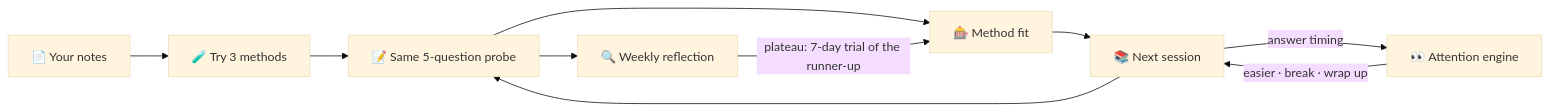
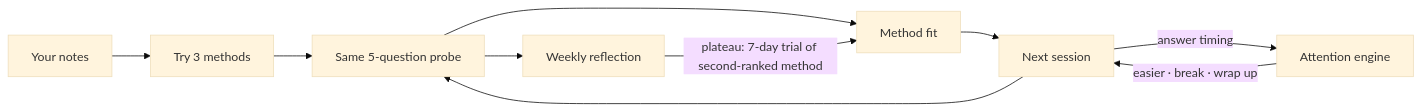
The diagram in README.md (saliha006/Great-Uni-Hack-2026), drawn with Mermaid (base theme) before and after one commit. The commit also changed other lines of this file, not shown here.

````diff
--- a/README.md
+++ b/README.md
@@ -87,12 +87,12 @@
 ```mermaid
 flowchart LR
-    A[📄 Your notes] --> B[🧪 Try 3 methods]
-    B --> C[📝 Same 5-question probe]
-    C --> D[🎰 Method fit]
-    D --> E[📚 Next session]
-    E -- answer timing --> F[👀 Attention engine]
+    A[Your notes] --> B[Try 3 methods]
+    B --> C[Same 5-question probe]
+    C --> D[Method fit]
+    D --> E[Next session]
+    E -- answer timing --> F[Attention engine]
     F -- easier · break · wrap up --> E
     E --> C
-    C --> G[🔍 Weekly reflection]
-    G -- plateau: 7-day trial of the runner-up --> D
+    C --> G[Weekly reflection]
+    G -- plateau: 7-day trial of second-ranked method --> D
 ```
````
